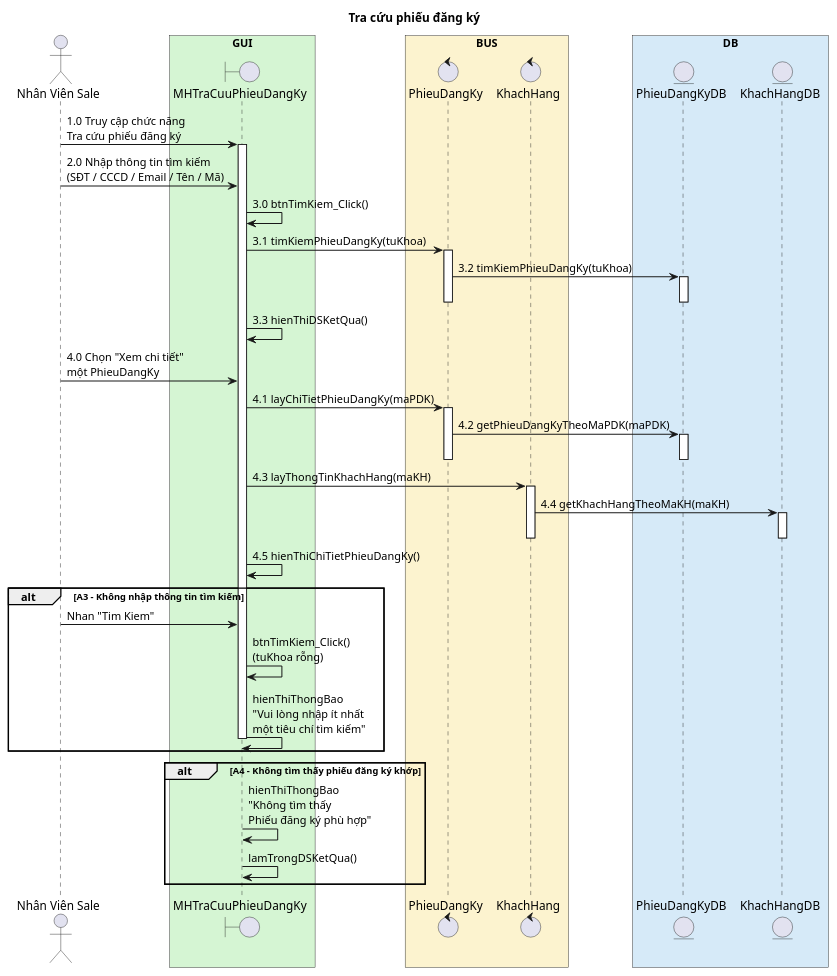
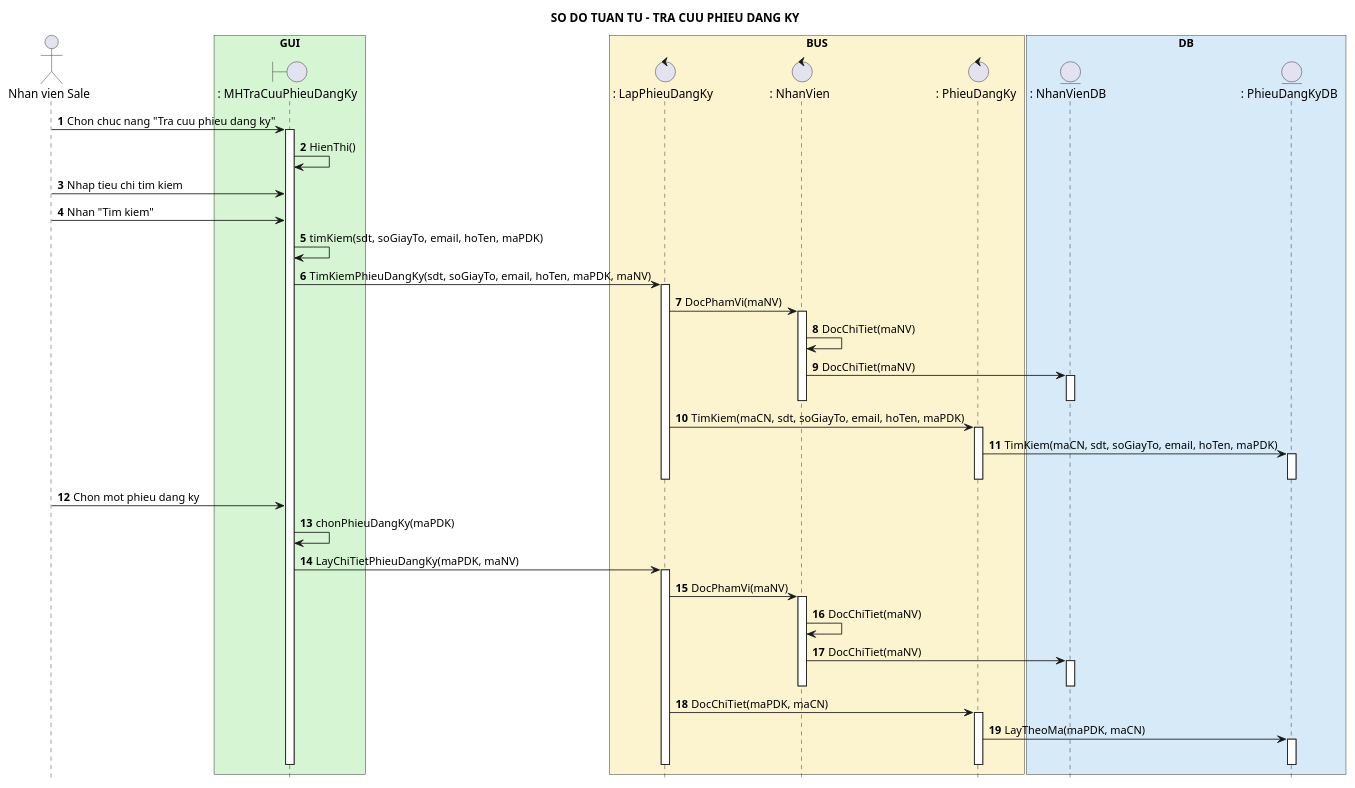
The diagram in docs/uml/tra-cuu-phieu-dang-ky-sequence.puml (Ming1309/HomeStay-Dorm), drawn with PlantUML before and after one commit. The commit also changed 41 other files, not shown here.

Commit message:
docs(uml): synchronize class and sequence diagrams with branch scope BLL parameters

```diff
--- a/docs/uml/tra-cuu-phieu-dang-ky-sequence.puml
+++ b/docs/uml/tra-cuu-phieu-dang-ky-sequence.puml
@@ -1,87 +1,66 @@
 @startuml
+title SO DO TUAN TU - TRA CUU PHIEU DANG KY
 
-skinparam sequenceArrowThickness 1.2
+hide footbox
+autonumber 1 1
 skinparam shadowing false
-skinparam sequenceMessageAlign left
 
-title Tra cứu phiếu đăng ký
-
-actor "Nhân Viên Sale" as NVS
+actor "Nhan vien Sale" as Sale
 
 box "GUI" #D5F5D3
-    boundary "MHTraCuuPhieuDangKy" as MH
+boundary ": MHTraCuuPhieuDangKy" as MH
+end box
+box "BUS" #FCF3CF
+control ": LapPhieuDangKy" as UC
+control ": NhanVien" as NV
+control ": PhieuDangKy" as PDK
+end box
+box "DB" #D6EAF8
+entity ": NhanVienDB" as NVDB
+entity ": PhieuDangKyDB" as PDKDB
 end box
 
-box "BUS" #FCF3CF
-    control "PhieuDangKy" as PDK
-    control "KhachHang" as KH
-end box
+Sale -> MH : Chon chuc nang "Tra cuu phieu dang ky"
+activate MH
+MH -> MH : HienThi()
 
-box "DB" #D6EAF8
-    entity "PhieuDangKyDB" as PDKDB
-    entity "KhachHangDB" as KHDB
-end box
-
-' =====================
-' LUỒNG CHÍNH
-' =====================
-
-NVS -> MH : 1.0 Truy cập chức năng\nTra cứu phiếu đăng ký
-activate MH
-
-NVS -> MH : 2.0 Nhập thông tin tìm kiếm\n(SĐT / CCCD / Email / Tên / Mã)
-
-MH -> MH : 3.0 btnTimKiem_Click()
-
-MH -> PDK : 3.1 timKiemPhieuDangKy(tuKhoa)
+Sale -> MH : Nhap tieu chi tim kiem
+Sale -> MH : Nhan "Tim kiem"
+MH -> MH : timKiem(sdt, soGiayTo, email, hoTen, maPDK)
+MH -> UC : TimKiemPhieuDangKy(sdt, soGiayTo, email, hoTen, maPDK, maNV)
+activate UC
+UC -> NV : DocPhamVi(maNV)
+activate NV
+NV -> NV : DocChiTiet(maNV)
+NV -> NVDB : DocChiTiet(maNV)
+activate NVDB
+deactivate NVDB
+deactivate NV
+UC -> PDK : TimKiem(maCN, sdt, soGiayTo, email, hoTen, maPDK)
 activate PDK
-PDK -> PDKDB : 3.2 timKiemPhieuDangKy(tuKhoa)
+PDK -> PDKDB : TimKiem(maCN, sdt, soGiayTo, email, hoTen, maPDK)
 activate PDKDB
 deactivate PDKDB
 deactivate PDK
+deactivate UC
 
-MH -> MH : 3.3 hienThiDSKetQua()
-
-NVS -> MH : 4.0 Chọn "Xem chi tiết"\nmột PhieuDangKy
-
-MH -> PDK : 4.1 layChiTietPhieuDangKy(maPDK)
+Sale -> MH : Chon mot phieu dang ky
+MH -> MH : chonPhieuDangKy(maPDK)
+MH -> UC : LayChiTietPhieuDangKy(maPDK, maNV)
+activate UC
+UC -> NV : DocPhamVi(maNV)
+activate NV
+NV -> NV : DocChiTiet(maNV)
+NV -> NVDB : DocChiTiet(maNV)
+activate NVDB
+deactivate NVDB
+deactivate NV
+UC -> PDK : DocChiTiet(maPDK, maCN)
 activate PDK
-PDK -> PDKDB : 4.2 getPhieuDangKyTheoMaPDK(maPDK)
+PDK -> PDKDB : LayTheoMa(maPDK, maCN)
 activate PDKDB
 deactivate PDKDB
 deactivate PDK
-
-MH -> KH : 4.3 layThongTinKhachHang(maKH)
-activate KH
-KH -> KHDB : 4.4 getKhachHangTheoMaKH(maKH)
-activate KHDB
-deactivate KHDB
-deactivate KH
-
-MH -> MH : 4.5 hienThiChiTietPhieuDangKy()
-
-' =====================
-' LUỒNG PHỤ A3: Không nhập tiêu chí
-' =====================
-
-alt A3 - Không nhập thông tin tìm kiếm
-
-    NVS -> MH : Nhan "Tim Kiem"
-    MH -> MH : btnTimKiem_Click()\n(tuKhoa rỗng)
-    MH -> MH : hienThiThongBao\n"Vui lòng nhập ít nhất\nmột tiêu chí tìm kiếm"
-    deactivate MH
-
-end
-
-' =====================
-' LUỒNG PHỤ A4: Không tìm thấy dữ liệu
-' =====================
-
-alt A4 - Không tìm thấy phiếu đăng ký khớp
-
-    MH -> MH : hienThiThongBao\n"Không tìm thấy\nPhiếu đăng ký phù hợp"
-    MH -> MH : lamTrongDSKetQua()
-
-end
-
+deactivate UC
+deactivate MH
 @enduml
```
